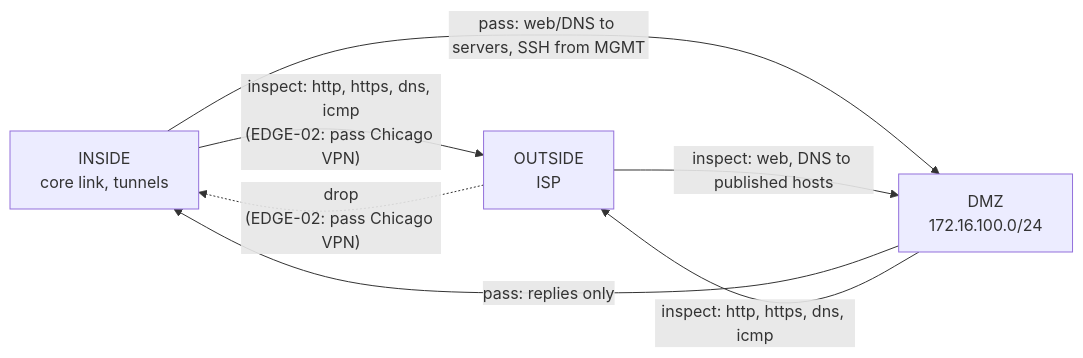
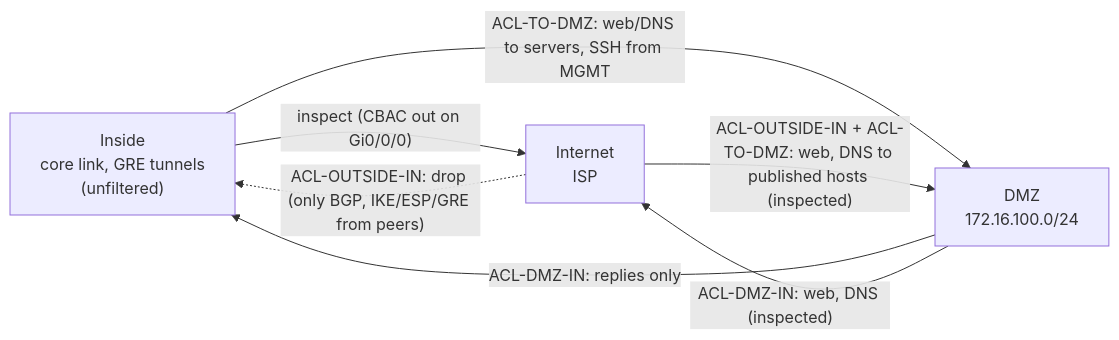
One commit to atahan99/bosphorus-enterprise-net changed the fifth of 7 diagrams in diagrams/README.md. Above: the diagram before and after it, drawn with Mermaid. The commit also changed other lines of this file and 48 other files, not shown here.

````diff
--- a/diagrams/README.md
+++ b/diagrams/README.md
@@ -109,12 +112,12 @@
 ```mermaid
 flowchart LR
-  IN["INSIDE<br/>core link, tunnels"]
+  IN["Inside<br/>core link, GRE tunnels<br/>(unfiltered)"]
   DMZ["DMZ<br/>172.16.100.0/24"]
-  OUT["OUTSIDE<br/>ISP"]
-  IN -- "inspect: http, https, dns, icmp<br/>(EDGE-02: pass Chicago VPN)" --> OUT
-  IN -- "pass: web/DNS to servers, SSH from MGMT" --> DMZ
-  DMZ -- "pass: replies only" --> IN
-  OUT -- "inspect: web, DNS to published hosts" --> DMZ
-  DMZ -- "inspect: http, https, dns, icmp" --> OUT
-  OUT -. "drop<br/>(EDGE-02: pass Chicago VPN)" .-> IN
+  OUT["Internet<br/>ISP"]
+  IN -- "inspect (CBAC out on Gi0/0/0)" --> OUT
+  IN -- "ACL-TO-DMZ: web/DNS to servers, SSH from MGMT" --> DMZ
+  DMZ -- "ACL-DMZ-IN: replies only" --> IN
+  OUT -- "ACL-OUTSIDE-IN + ACL-TO-DMZ: web, DNS to published hosts (inspected)" --> DMZ
+  DMZ -- "ACL-DMZ-IN: web, DNS (inspected)" --> OUT
+  OUT -. "ACL-OUTSIDE-IN: drop (only BGP, IKE/ESP/GRE from peers)" .-> IN
 ```
````
